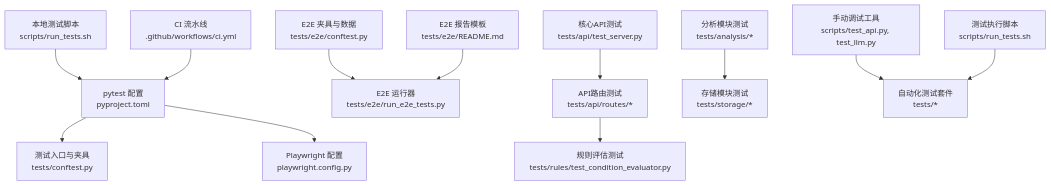
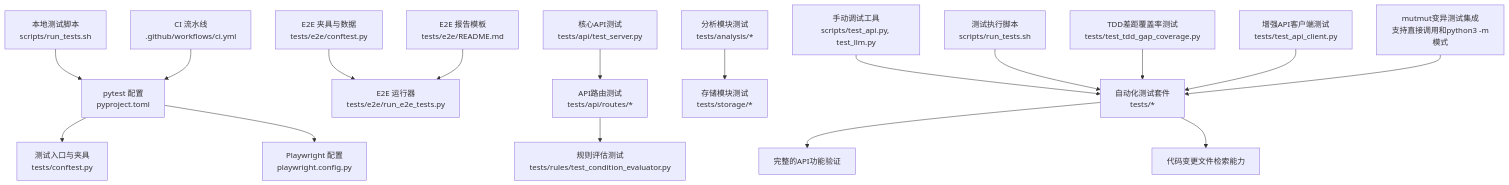
The first of 5 diagrams in .qoder/repowiki/zh/content/测试策略/测试策略.md (boyingliu01/fault-review-analyzer), drawn with Mermaid before and after one commit. The commit also changed other lines of this file and 125 other files, not shown here.

````diff
--- a/.qoder/repowiki/zh/content/测试策略/测试策略.md
+++ b/.qoder/repowiki/zh/content/测试策略/测试策略.md
@@ -62,14 +67,19 @@
 ```mermaid
 graph TB
 A["pytest 配置<br/>pyproject.toml"] --> B["测试入口与夹具<br/>tests/conftest.py"]
 A --> C["Playwright 配置<br/>playwright.config.py"]
 D["本地测试脚本<br/>scripts/run_tests.sh"] --> A
 E["CI 流水线<br/>.github/workflows/ci.yml"] --> A
 F["E2E 夹具与数据<br/>tests/e2e/conftest.py"] --> G["E2E 运行器<br/>tests/e2e/run_e2e_tests.py"]
 H["E2E 报告模板<br/>tests/e2e/README.md"] --> G
 I["API路由测试<br/>tests/api/routes/*"] --> J["规则评估测试<br/>tests/rules/test_condition_evaluator.py"]
 K["核心API测试<br/>tests/api/test_server.py"] --> I
 L["分析模块测试<br/>tests/analysis/*"] --> M["存储模块测试<br/>tests/storage/*"]
 N["手动调试工具<br/>scripts/test_api.py, test_llm.py"] --> O["自动化测试套件<br/>tests/*"]
 P["测试执行脚本<br/>scripts/run_tests.sh"] --> O
+Q["TDD差距覆盖率测试<br/>tests/test_tdd_gap_coverage.py"] --> O
+R["增强API客户端测试<br/>tests/test_api_client.py"] --> O
+O --> S["完整的API功能验证"]
+O --> T["代码变更文件检索能力"]
+U["mutmut变异测试集成<br/>支持直接调用和python3 -m模式"] --> O
 ```
````
